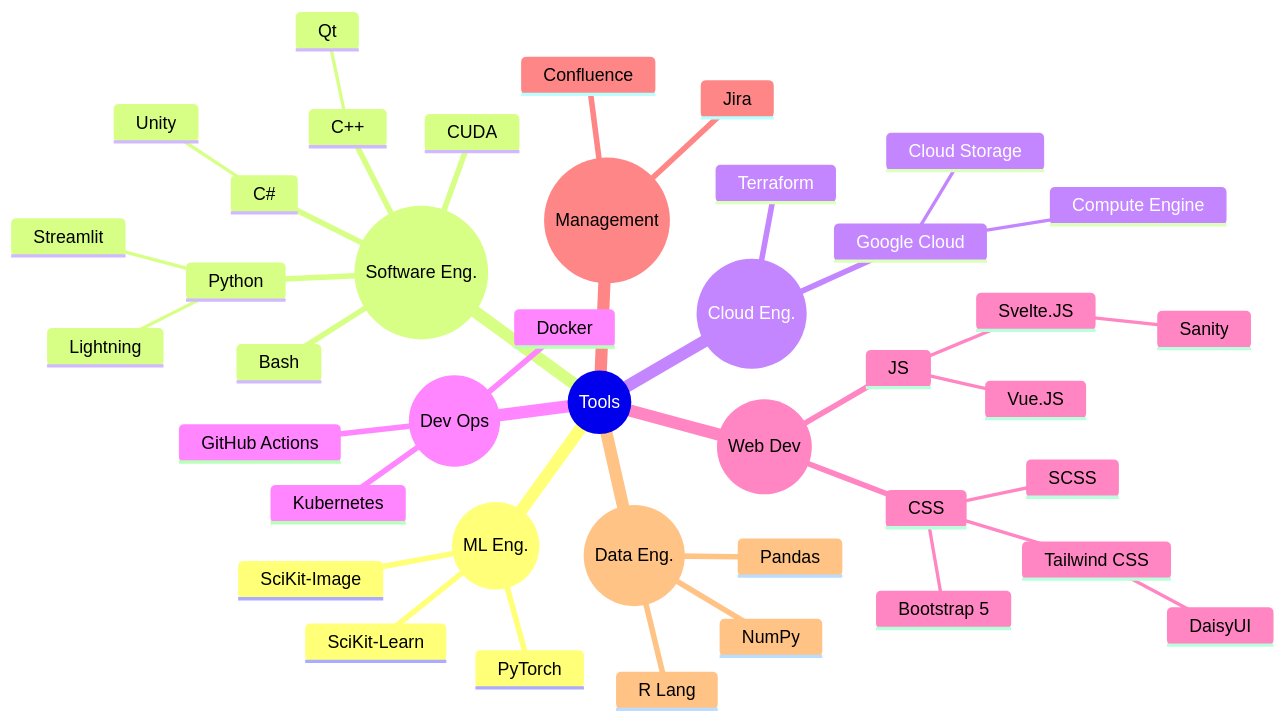
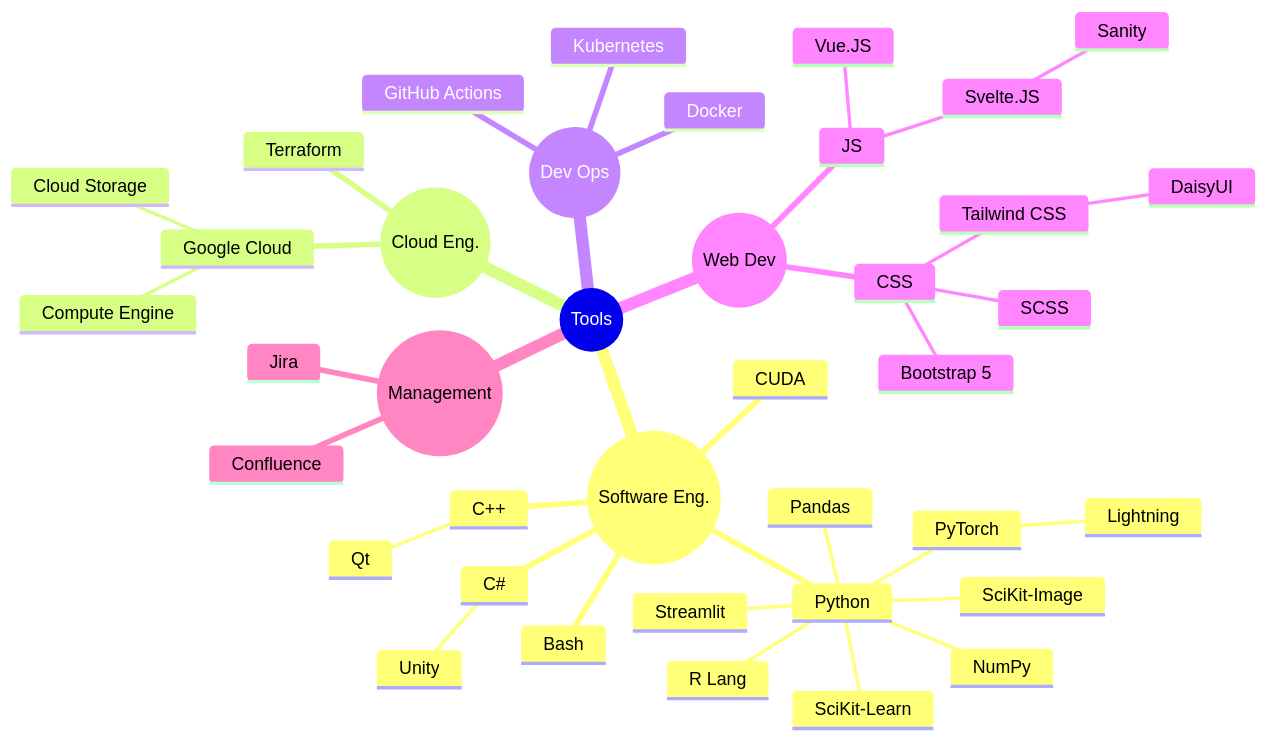
Before and after one commit to Eve-ning/Eve-ning.github.io: the diagram in about.md, drawn with Mermaid. The commit also changed other lines of this file and 22 other files, not shown here.

````diff
--- a/about.md
+++ b/about.md
@@ -48,45 +68,61 @@
 ```mermaid
 mindmap
   root((Tools))
-    b((ML Eng.))
-      PyTorch
-      SciKit-Learn
-      SciKit-Image
     d((Software Eng.))
       Python
-        Lightning
+      :::strong
         Streamlit
+        :::strong
+        PyTorch
+        :::strong
+            Lightning
+            :::strong
+        SciKit-Learn
+        :::strong
+        SciKit-Image
+        :::strong
+        NumPy
+        :::strong
+        Pandas
+        :::strong
+        R Lang
       C++
+      :::strong
         Qt
       CUDA
       C#
+      :::strong
         Unity
       Bash
+      :::strong
     e((Cloud Eng.))
       Google Cloud
+      :::strong
         Cloud Storage
+        :::strong
         Compute Engine
+        :::strong
       Terraform
+      :::strong
     f((Dev Ops))
       Docker
+      :::strong
       Kubernetes
       GitHub Actions
+      :::strong
     h((Web Dev))
       JS
         Vue.JS
         Svelte.JS
           Sanity
       CSS
         SCSS
         Bootstrap 5
         Tailwind CSS
           DaisyUI
     i((Management)
       Jira
+      :::strong
       Confluence
-    c((Data Eng.))
-      NumPy
-      Pandas
-      R Lang
-
+      :::strong
 ```
````
